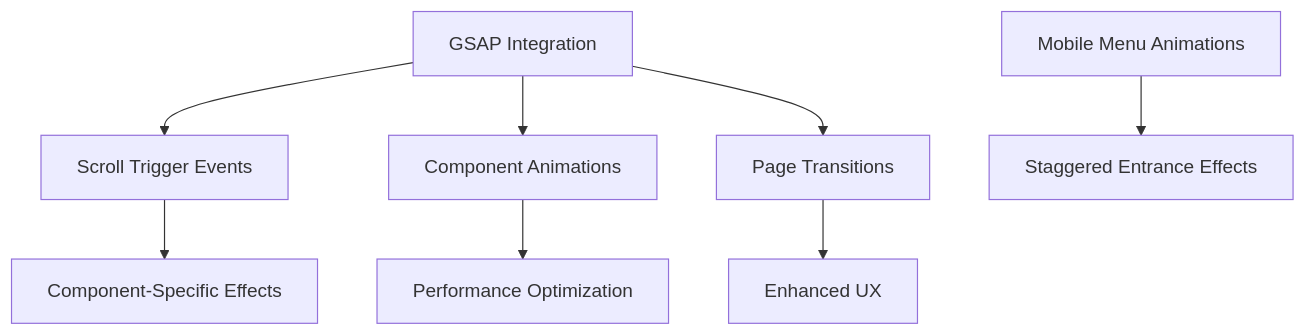
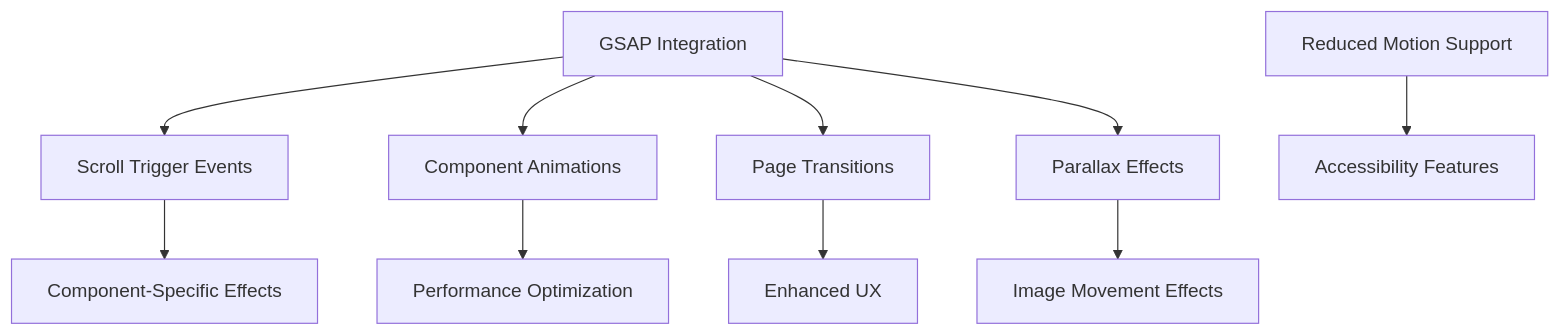
The eighth of 12 diagrams in .qoder/repowiki/en/content/Application Architecture.md (rakeshmaity271/frankie-picasso), drawn with Mermaid before and after one commit. The commit also changed other lines of this file and 18 other files, not shown here.

````diff
--- a/.qoder/repowiki/en/content/Application Architecture.md
+++ b/.qoder/repowiki/en/content/Application Architecture.md
@@ -446,10 +582,12 @@
 ```mermaid
 flowchart TD
 GSAP["GSAP Integration"] --> ScrollTrigger["Scroll Trigger Events"]
 GSAP --> Animations["Component Animations"]
 GSAP --> Transitions["Page Transitions"]
+GSAP --> Parallax["Parallax Effects"]
 ScrollTrigger --> ComponentEffects["Component-Specific Effects"]
 Animations --> Performance["Performance Optimization"]
 Transitions --> UserExperience["Enhanced UX"]
-MobileMenu["Mobile Menu Animations"] --> Staggered["Staggered Entrance Effects"]
+Parallax --> ImageEffects["Image Movement Effects"]
+ReducedMotion["Reduced Motion Support"] --> Accessibility["Accessibility Features"]
 ```
````
